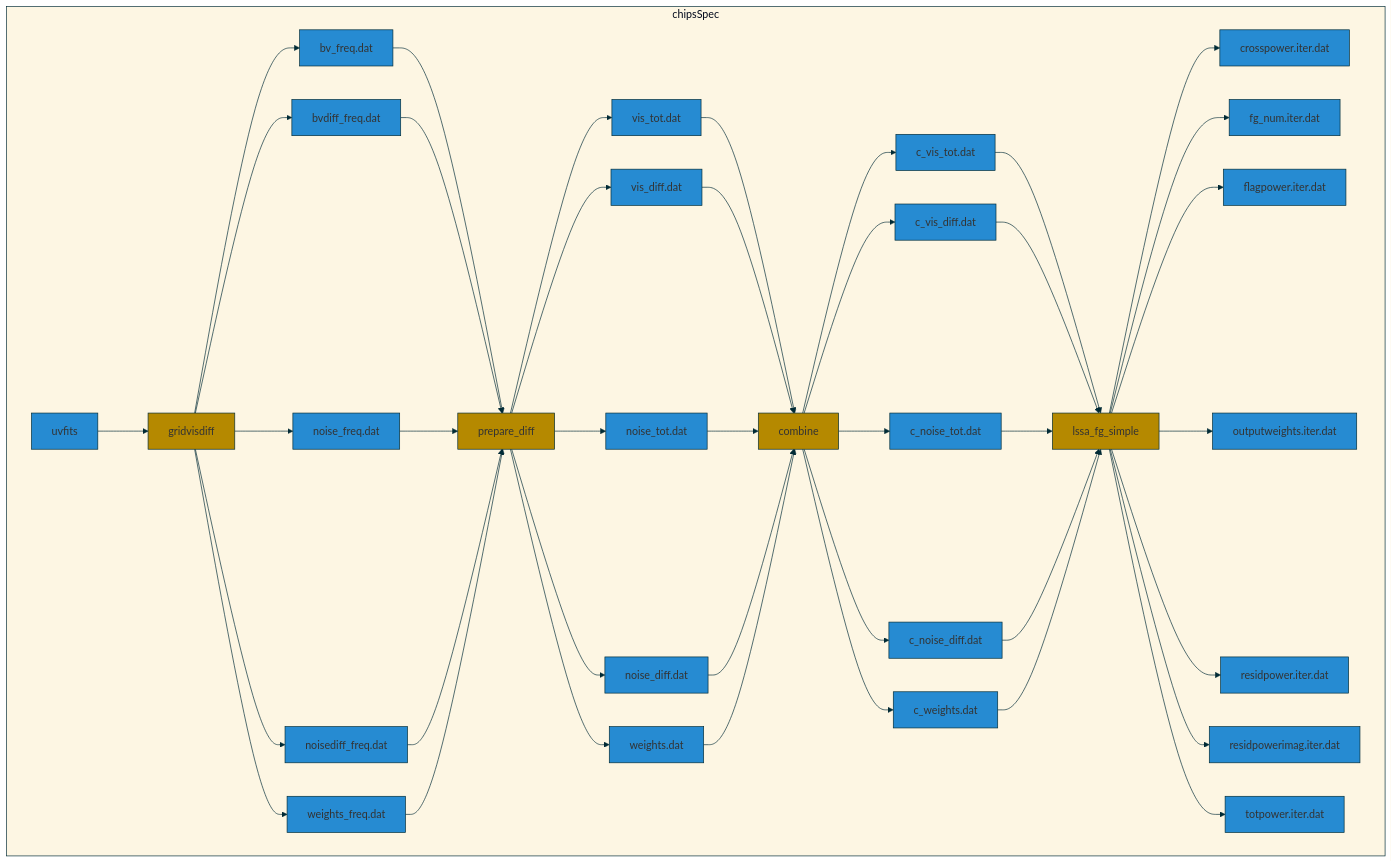
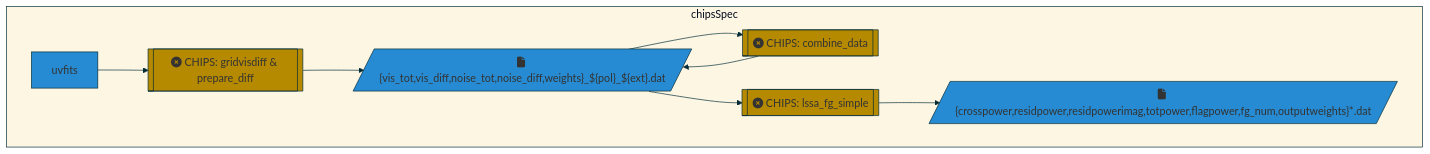
Before and after one commit to MWATelescope/MWAEoR-Pipeline: the sixth of 6 diagrams in README.md, drawn with Mermaid. The commit also changed other lines of this file, not shown here.

````diff
--- a/README.md
+++ b/README.md
@@ -201,51 +203,24 @@
 ```mermaid
 %%{init:{'theme':'base','themeVariables':{'primaryBorderColor':'#002b36','secondaryColor':'#eee8d5','tertiaryColor':'#fdf6e3','tertiaryBorderColor':'#002b36','lineColor':'#002b36','textColor':'#002b36'}}}%%
 graph TD;
   classDef in fill:#2aa198;
   classDef out fill:#d33682;
   classDef file fill:#268bd2;
   classDef proc fill:#b58900;
   classDef decision fill:#cb4b16;
 
   subgraph "chipsSpec"
-    uvfits --> gridvisdiff
-    gridvisdiff --> bv_freq.dat & bvdiff_freq.dat & noise_freq.dat & noisediff_freq.dat & weights_freq.dat --> prepare_diff
-    prepare_diff --> vis_tot.dat & vis_diff.dat & noise_tot.dat & noise_diff.dat & weights.dat --> combine
-    combine --> c_vis_tot.dat & c_vis_diff.dat & c_noise_tot.dat & c_noise_diff.dat & c_weights.dat --> lssa_fg_simple
-    lssa_fg_simple --> crosspower.iter.dat & fg_num.iter.dat & flagpower.iter.dat
-    lssa_fg_simple --> outputweights.iter.dat & residpower.iter.dat & residpowerimag.iter.dat & totpower.iter.dat
+    chipsGrid[[fa:fa-times-circle CHIPS: gridvisdiff & prepare_diff ]]; class chipsGrid proc;
+    chipsGridOut[/"fa:fa-file {vis_tot,vis_diff,noise_tot,noise_diff,weights}_${pol}_${ext}.dat"/]; class chipsGridOut file;
+    chipsCombine[[fa:fa-times-circle CHIPS: combine_data]]; class chipsCombine proc;
+    %% chipsCombineOut[/"fa:fa-file {vis_tot,vis_diff,noise_tot,noise_diff,weights}_${pol}_${group}.dat"/]; class chipsCombineOut file;
+    chipsLssa[[fa:fa-times-circle CHIPS: lssa_fg_simple]]; class chipsLssa proc;
+    chipsLssaOut[/"fa:fa-file {crosspower,residpower,residpowerimag,totpower,flagpower,fg_num,outputweights}*.dat"/]; class chipsLssaOut file;
+    %% chipsLssaOut[/"fa:fa-file {crosspower,residpower,residpowerimag,totpower,flagpower,fg_num,outputweights}_${pol}_${group}.dat"/]; class chipsLssaOut file;
+
+    uvfits --> chipsGrid --> chipsGridOut --> chipsCombine --> chipsGridOut
+    chipsGridOut --> chipsLssa --> chipsLssaOut
 
     class uvfits file;
-    class gridvisdiff proc;
-    class prepare_diff proc;
-    class lssa_fg_simple proc;
-    class combine proc;
-
-    class bv_freq.dat file;
-    class bvdiff_freq.dat file;
-    class noise_freq.dat file;
-    class noisediff_freq.dat file;
-    class weights_freq.dat file;
-
-    class vis_tot.dat file;
-    class vis_diff.dat file;
-    class noise_tot.dat file;
-    class noise_diff.dat file;
-    class weights.dat file;
-
-    class c_vis_tot.dat file;
-    class c_vis_diff.dat file;
-    class c_noise_tot.dat file;
-    class c_noise_diff.dat file;
-    class c_weights.dat file;
-
-    class crosspower.iter.dat file;
-    class fg_num.iter.dat file;
-    class flagpower.iter.dat file;
-    class outputweights.iter.dat file;
-    class residpower.iter.dat file;
-    class residpowerimag.iter.dat file;
-    class totpower.iter.dat file;
-
   end
 ```
````
